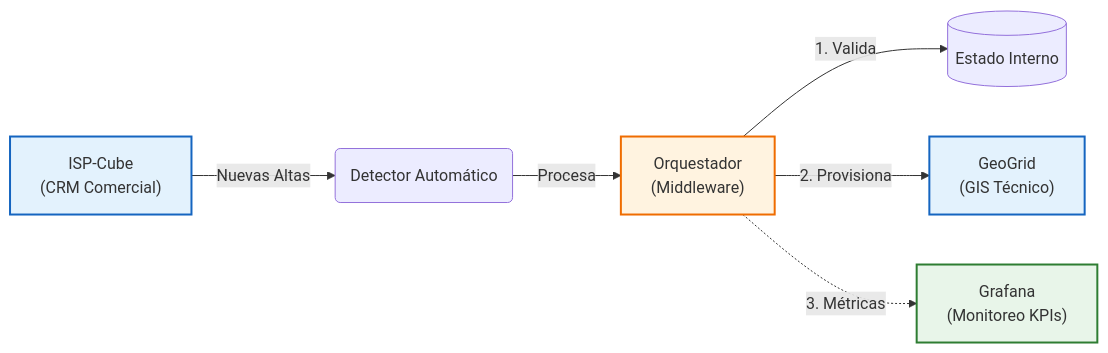
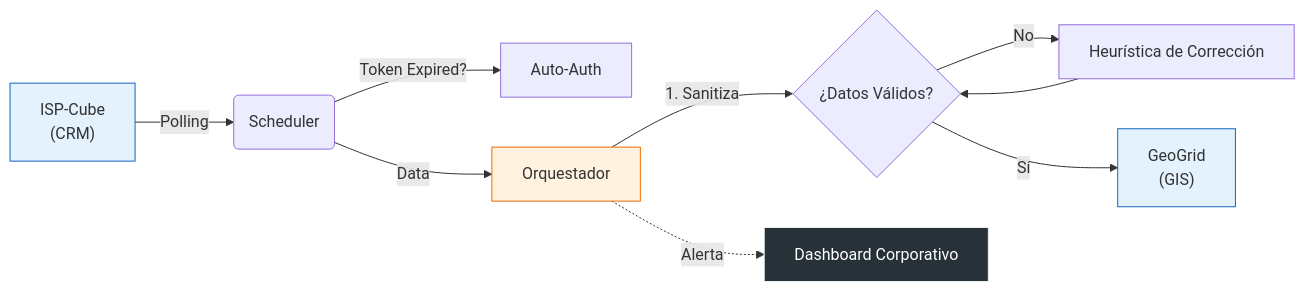
The diagram in README.md (manumagallanes/OrquestadorIntercity), drawn with Mermaid before and after one commit. The commit also changed other lines of this file and 1 other file, not shown here.

````diff
--- a/README.md
+++ b/README.md
@@ -62,17 +59,18 @@
 ```mermaid
 graph LR
-    %% Flujo lineal con terminología técnica
-    ISP["ISP-Cube<br/>(CRM Comercial)"] -->|Nuevas Altas| SCH(Detector Automático)
-    SCH -->|Procesa| ORCH["Orquestador<br/>(Middleware)"]
+    ISP["ISP-Cube<br/>(CRM)"] -->|Polling| SCH(Scheduler)
+    SCH -->|Token Expired?| AUTH[Auto-Auth]
+    SCH -->|Data| ORCH["Orquestador"]
     
-    ORCH -->|1. Valida| DB[(Estado Interno)]
-    ORCH -->|2. Provisiona| GEO["GeoGrid<br/>(GIS Técnico)"]
+    ORCH -->|1. Sanitiza| LOGIC{¿Datos Válidos?}
+    LOGIC -->|No| FIX[Heurística de Corrección]
+    FIX --> LOGIC
+    LOGIC -->|Sí| GEO["GeoGrid<br/>(GIS)"]
     
-    ORCH -.->|3. Métricas| GRAF["Grafana<br/>(Monitoreo KPIs)"]
-
-    %% Estilos visuales (Colores suaves)
-    style ISP fill:#e3f2fd,stroke:#1565c0,stroke-width:2px
-    style GEO fill:#e3f2fd,stroke:#1565c0,stroke-width:2px
-    style ORCH fill:#fff3e0,stroke:#ef6c00,stroke-width:2px
-    style GRAF fill:#e8f5e9,stroke:#2e7d32,stroke-width:2px
+    ORCH -.->|Alerta| UI["Dashboard Corporativo"]
+    
+    style ISP fill:#e3f2fd,stroke:#1565c0
+    style GEO fill:#e3f2fd,stroke:#1565c0
+    style ORCH fill:#fff3e0,stroke:#ef6c00
+    style UI fill:#263238,stroke:#eceff1,color:#fff
 ```
````
